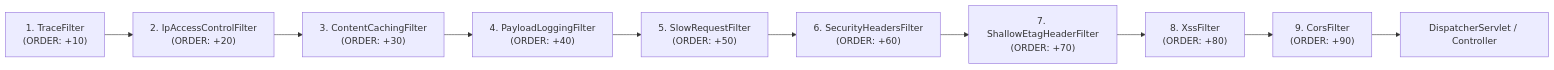
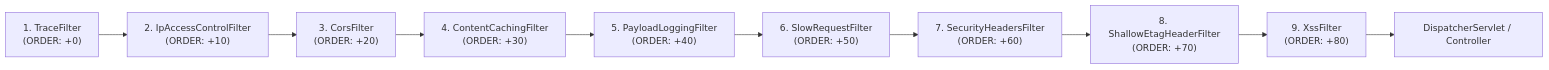
One commit to atengk/ateng-boot changed the second of 3 diagrams in docs/adr/0032-web-runtime-audit-payload-and-traffic-governance.md. Above: the diagram before and after it, drawn with Mermaid. The commit also changed other lines of this file and 2 other files, not shown here.

````diff
--- a/docs/adr/0032-web-runtime-audit-payload-and-traffic-governance.md
+++ b/docs/adr/0032-web-runtime-audit-payload-and-traffic-governance.md
@@ -133,12 +133,12 @@
 ```mermaid
 flowchart LR
-    F1["1. TraceFilter<br>(ORDER: +10)"] --> F2["2. IpAccessControlFilter<br>(ORDER: +20)"]
-    F2 --> F3["3. ContentCachingFilter<br>(ORDER: +30)"]
-    F3 --> F4["4. PayloadLoggingFilter<br>(ORDER: +40)"]
-    F4 --> F5["5. SlowRequestFilter<br>(ORDER: +50)"]
-    F5 --> F6["6. SecurityHeadersFilter<br>(ORDER: +60)"]
-    F6 --> F7["7. ShallowEtagHeaderFilter<br>(ORDER: +70)"]
-    F7 --> F8["8. XssFilter<br>(ORDER: +80)"]
-    F8 --> F9["9. CorsFilter<br>(ORDER: +90)"]
+    F1["1. TraceFilter<br>(ORDER: +0)"] --> F2["2. IpAccessControlFilter<br>(ORDER: +10)"]
+    F2 --> F3["3. CorsFilter<br>(ORDER: +20)"]
+    F3 --> F4["4. ContentCachingFilter<br>(ORDER: +30)"]
+    F4 --> F5["5. PayloadLoggingFilter<br>(ORDER: +40)"]
+    F5 --> F6["6. SlowRequestFilter<br>(ORDER: +50)"]
+    F6 --> F7["7. SecurityHeadersFilter<br>(ORDER: +60)"]
+    F7 --> F8["8. ShallowEtagHeaderFilter<br>(ORDER: +70)"]
+    F8 --> F9["9. XssFilter<br>(ORDER: +80)"]
     F9 --> Dispatcher["DispatcherServlet / Controller"]
 ```
````
